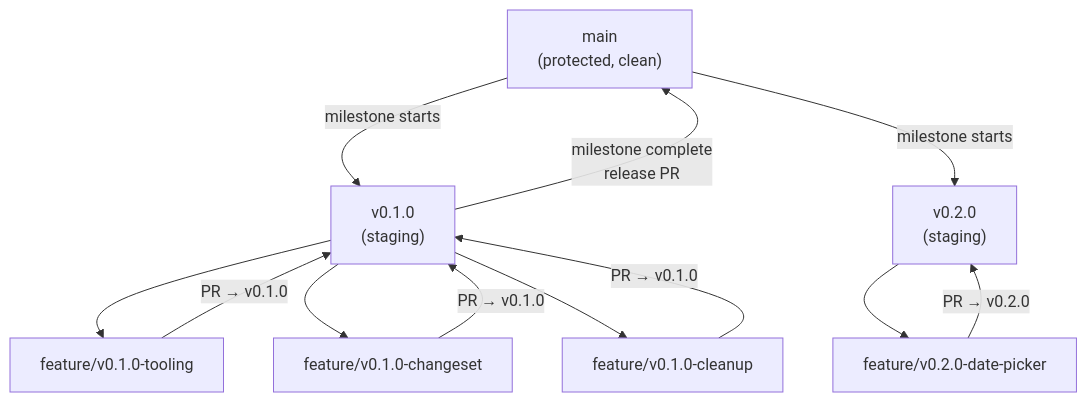
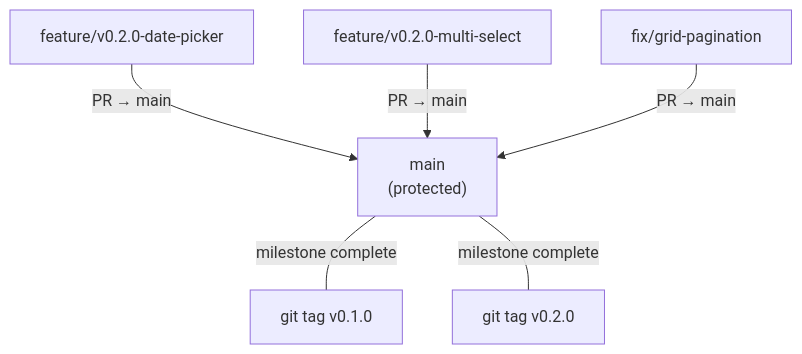
Before and after one commit to WianVDM/schema-framework: the second of 4 diagrams in docs/roadmap.md, drawn with Mermaid. The commit also changed other lines of this file and 7 other files, not shown here.

First line of the commit message:
refactor: migrate from staging branches to versioned GitHub Flow

````diff
--- a/docs/roadmap.md
+++ b/docs/roadmap.md
@@ -479,22 +477,15 @@
 ```mermaid
 graph TD
-    Main["main<br/>(protected, clean)"]
-    V01["v0.1.0<br/>(staging)"]
-    V02["v0.2.0<br/>(staging)"]
-    F1["feature/v0.1.0-tooling"]
-    F2["feature/v0.1.0-changeset"]
-    F3["feature/v0.1.0-cleanup"]
-    F4["feature/v0.2.0-date-picker"]
+    Main["main<br/>(protected)"]
+    F1["feature/v0.2.0-date-picker"]
+    F2["feature/v0.2.0-multi-select"]
+    F3["fix/grid-pagination"]
+    Tag1["git tag v0.1.0"]
+    Tag2["git tag v0.2.0"]
 
-    Main -->|"milestone starts"| V01
-    Main -->|"milestone starts"| V02
-    V01 --> F1
-    V01 --> F2
-    V01 --> F3
-    F1 -->|"PR → v0.1.0"| V01
-    F2 -->|"PR → v0.1.0"| V01
-    F3 -->|"PR → v0.1.0"| V01
-    V01 -->|"milestone complete<br/>release PR"| Main
-    V02 --> F4
-    F4 -->|"PR → v0.2.0"| V02
+    Main ---|"milestone complete"| Tag1
+    F1 -->|"PR → main"| Main
+    F2 -->|"PR → main"| Main
+    F3 -->|"PR → main"| Main
+    Main ---|"milestone complete"| Tag2
 ```
````
